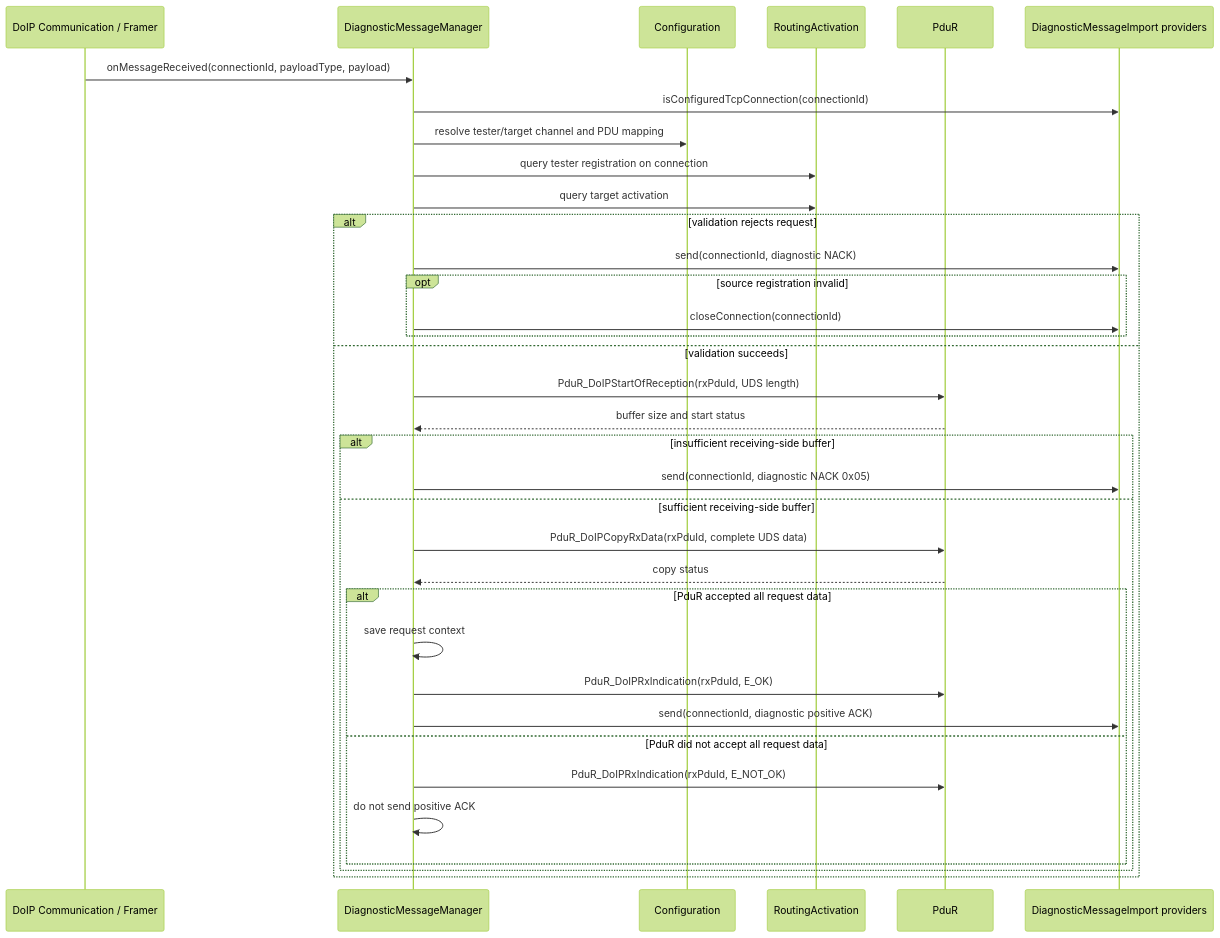
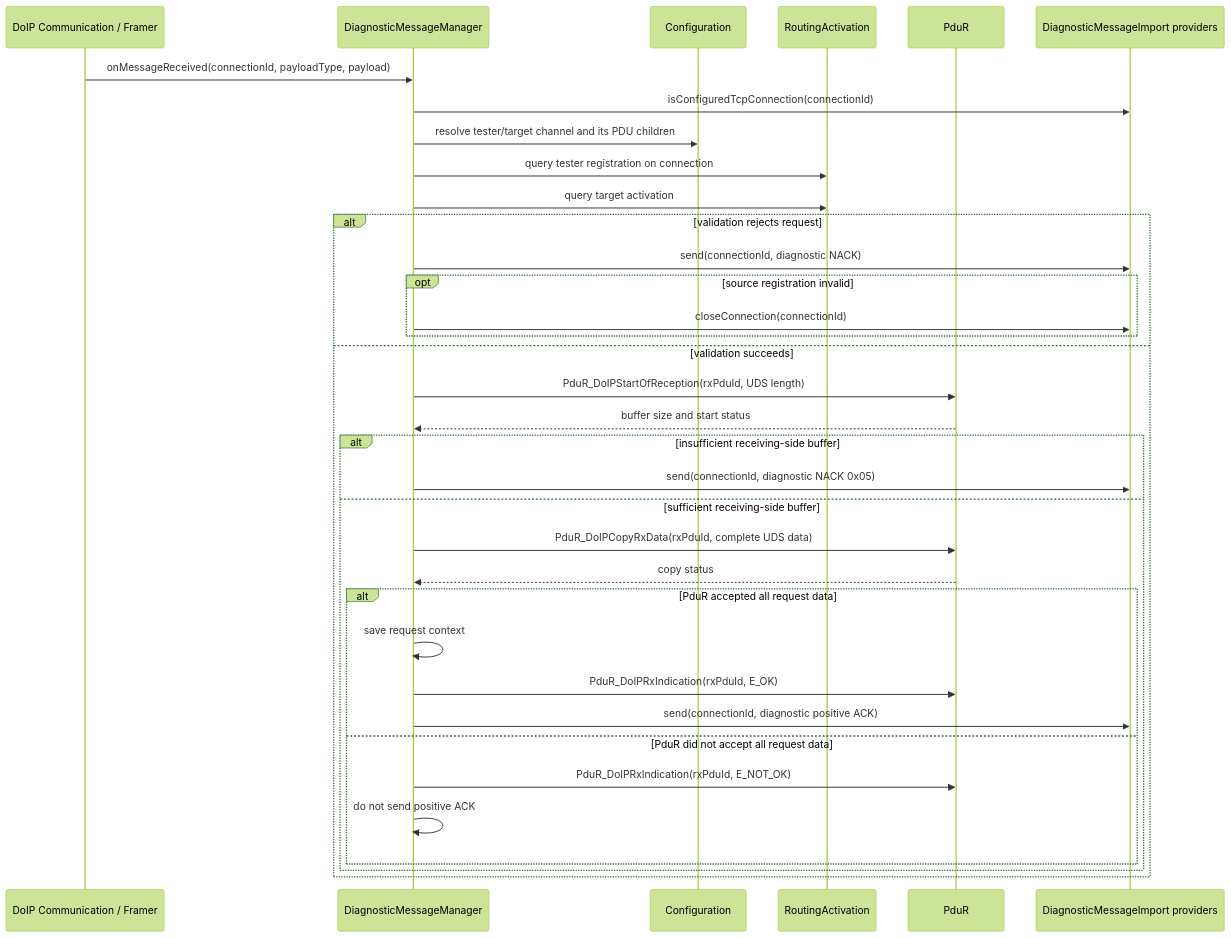
Before and after one commit to minh1509depzai/Autosar: the fourth of 5 diagrams in infras/diagnostic/DoIP/DiagnosticMessage/DetailDesign/DiagnosticMessage.md, drawn with Mermaid (forest theme). The commit also changed other lines of this file and 8 other files, not shown here.

````diff
--- a/infras/diagnostic/DoIP/DiagnosticMessage/DetailDesign/DiagnosticMessage.md
+++ b/infras/diagnostic/DoIP/DiagnosticMessage/DetailDesign/DiagnosticMessage.md
@@ -295,37 +295,37 @@
 ```mermaid
 sequenceDiagram
     participant F as DoIP Communication / Framer
     participant D as DiagnosticMessageManager
     participant C as Configuration
     participant R as RoutingActivation
     participant P as PduR
     participant I as DiagnosticMessageImport providers
     F->>D: onMessageReceived(connectionId, payloadType, payload)
     D->>I: isConfiguredTcpConnection(connectionId)
-    D->>C: resolve tester/target channel and PDU mapping
+    D->>C: resolve tester/target channel and its PDU children
     D->>R: query tester registration on connection
     D->>R: query target activation
     alt validation rejects request
         D->>I: send(connectionId, diagnostic NACK)
         opt source registration invalid
             D->>I: closeConnection(connectionId)
         end
     else validation succeeds
         D->>P: PduR_DoIPStartOfReception(rxPduId, UDS length)
         P-->>D: buffer size and start status
         alt insufficient receiving-side buffer
             D->>I: send(connectionId, diagnostic NACK 0x05)
         else sufficient receiving-side buffer
             D->>P: PduR_DoIPCopyRxData(rxPduId, complete UDS data)
             P-->>D: copy status
             alt PduR accepted all request data
                 D->>D: save request context
                 D->>P: PduR_DoIPRxIndication(rxPduId, E_OK)
                 D->>I: send(connectionId, diagnostic positive ACK)
             else PduR did not accept all request data
                 D->>P: PduR_DoIPRxIndication(rxPduId, E_NOT_OK)
                 D->>D: do not send positive ACK
             end
         end
     end
 ```
````
